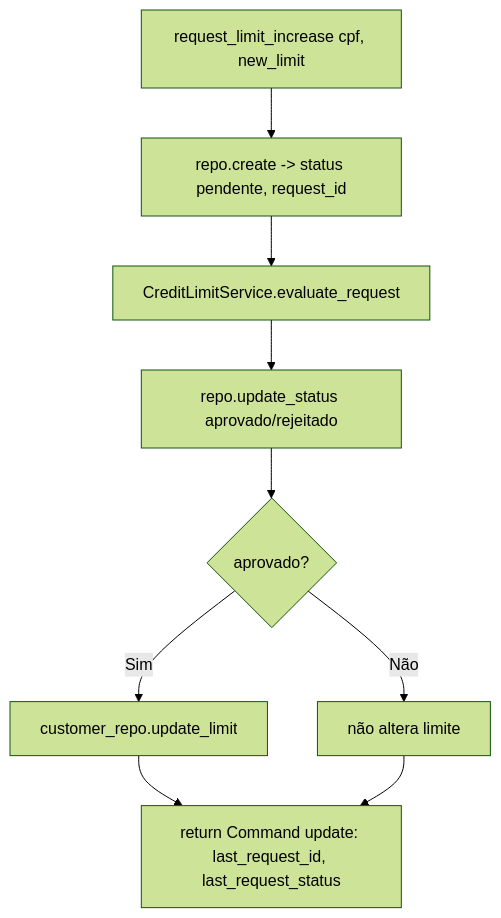
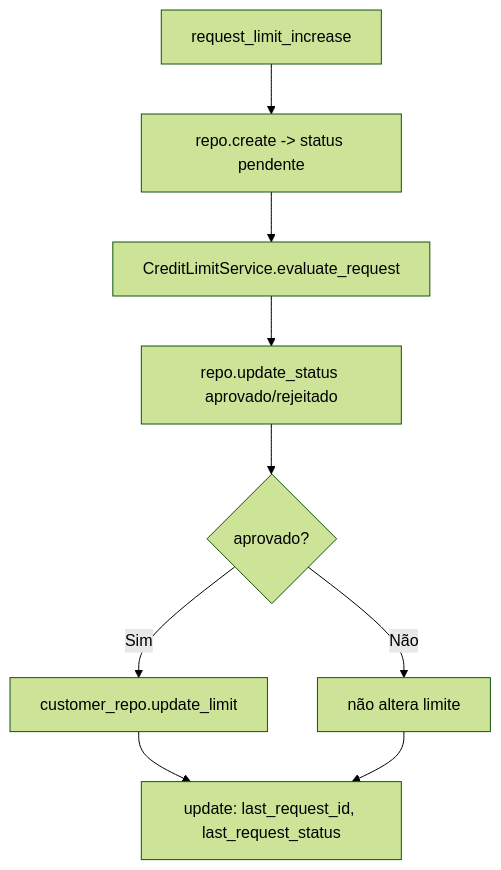
One commit to holdenoffmenn/desafio-t4h changed the tenth of 10 diagrams in docs/fluxogramas/parte-2-orquestracao.md. Above: the diagram before and after it, drawn with Mermaid (forest theme). The commit also changed other lines of this file and 1 other file, not shown here.

First line of the commit message:
docs: mark Part 2 flowcharts validated and update README progress

````diff
--- a/docs/fluxogramas/parte-2-orquestracao.md
+++ b/docs/fluxogramas/parte-2-orquestracao.md
@@ -137,11 +158,11 @@
 ```mermaid
 flowchart TD
-    A[request_limit_increase cpf, new_limit] --> CR[repo.create -> status pendente, request_id]
+    A[request_limit_increase] --> CR[repo.create -> status pendente]
     CR --> EV[CreditLimitService.evaluate_request]
     EV --> UP[repo.update_status aprovado/rejeitado]
     UP --> AP{aprovado?}
     AP -- Sim --> UL[customer_repo.update_limit]
     AP -- Não --> SK[não altera limite]
-    UL --> CMD[return Command update: last_request_id, last_request_status]
-    SK --> CMD
+    UL --> OUT[update: last_request_id, last_request_status]
+    SK --> OUT
 ```
````
